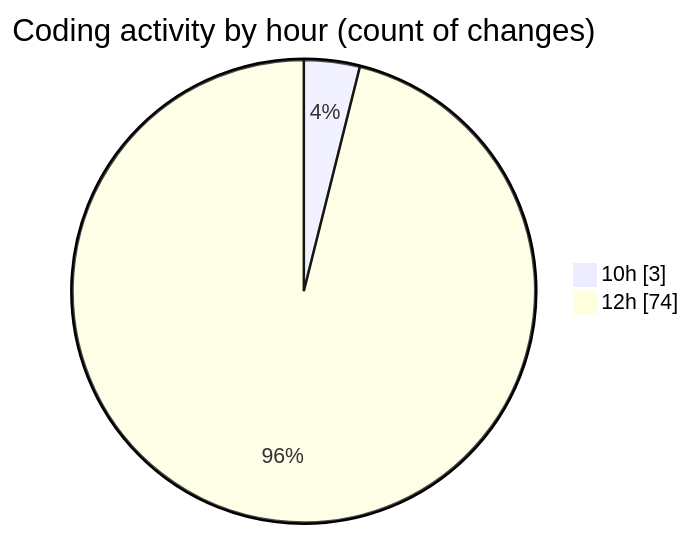
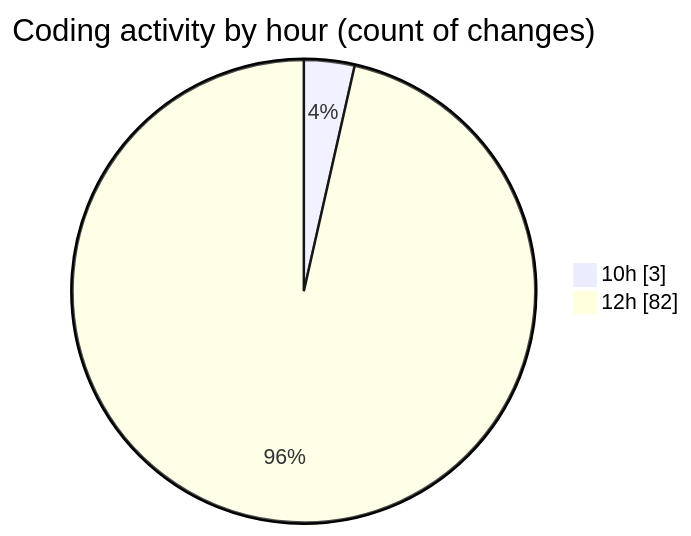
One commit to nxtqubesakshisongat/code-tracking changed the second of 2 diagrams in 2025-05-27/nxtqube_webapp/README.md. Above: the diagram before and after it, drawn with Mermaid. The commit also changed other lines of this file and 1 other file, not shown here.

````diff
--- a/2025-05-27/nxtqube_webapp/README.md
+++ b/2025-05-27/nxtqube_webapp/README.md
@@ -30,6 +30,6 @@
 ```mermaid
 pie showData
 title Coding activity by hour (count of changes)
 "10h" : 3
-"12h" : 74
+"12h" : 82
 ```
````
